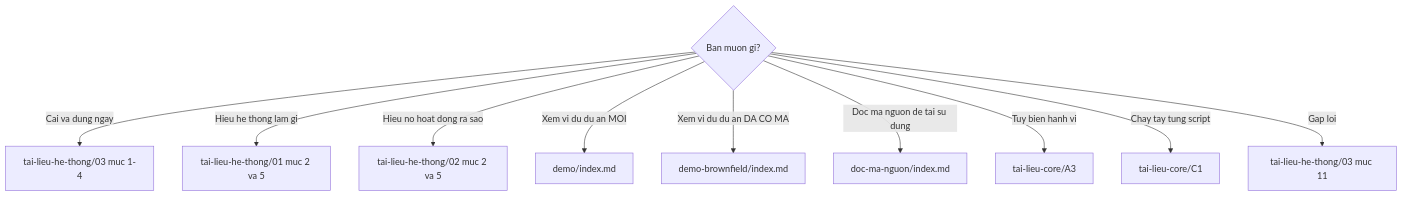
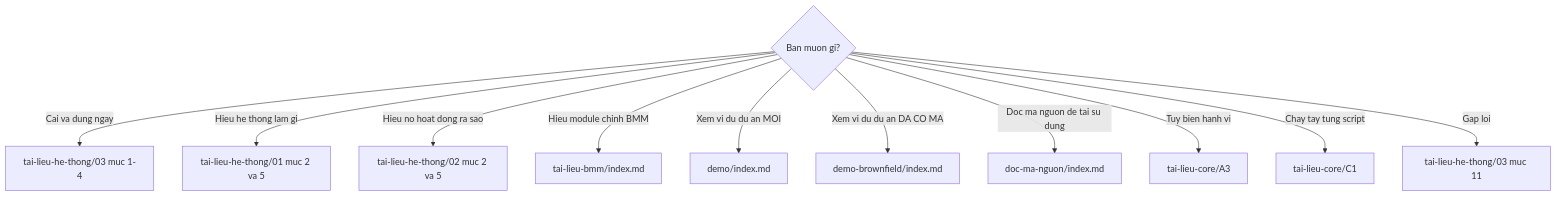
One commit to trannguyenthanhthao2024-art/bmad-method-v6 changed the diagram in README.md. Above: the diagram before and after it, drawn with Mermaid. The commit also changed other lines of this file and 24 other files, not shown here.

First line of the commit message:
docs: rà soát độ đầy đủ — sửa 3 nhóm sai sót, bổ sung tài liệu module BMM

````diff
--- a/README.md
+++ b/README.md
@@ -84,13 +100,14 @@
 ```mermaid
 graph TB
   Q{Ban muon gi?}
   Q -->|Cai va dung ngay| V["tai-lieu-he-thong/03 muc 1-4"]
   Q -->|Hieu he thong lam gi| D["tai-lieu-he-thong/01 muc 2 va 5"]
   Q -->|Hieu no hoat dong ra sao| T["tai-lieu-he-thong/02 muc 2 va 5"]
+  Q -->|Hieu module chinh BMM| BM["tai-lieu-bmm/index.md"]
   Q -->|Xem vi du du an MOI| DM["demo/index.md"]
   Q -->|Xem vi du du an DA CO MA| DB["demo-brownfield/index.md"]
   Q -->|Doc ma nguon de tai su dung| MN["doc-ma-nguon/index.md"]
   Q -->|Tuy bien hanh vi| C["tai-lieu-core/A3"]
   Q -->|Chay tay tung script| M["tai-lieu-core/C1"]
   Q -->|Gap loi| E["tai-lieu-he-thong/03 muc 11"]
 ```
````
